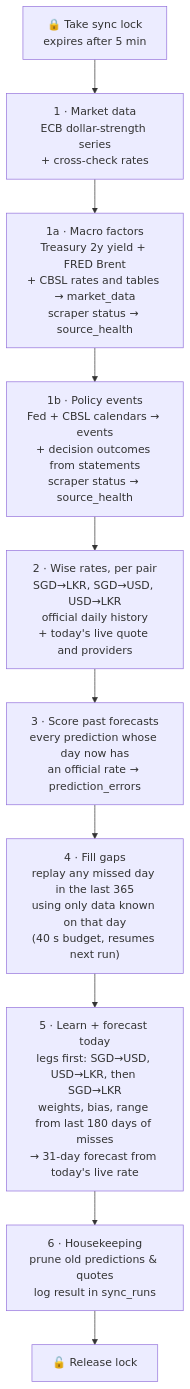
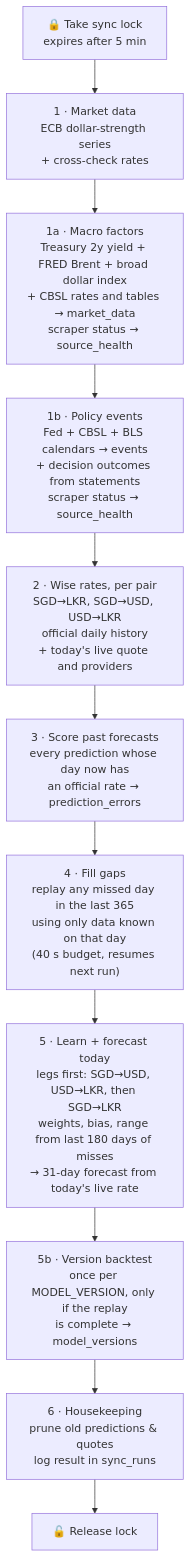
One commit to osandadeshan/ratecast changed the fourth of 7 diagrams in README.md. Above: the diagram before and after it, drawn with Mermaid. The commit also changed other lines of this file and 17 other files, not shown here.

Commit message:
Docs match the code: sync steps, schema columns, health ids, fetch windows, band and event formulas, gate wording, card order and copy, test count, row budget, env vars, skills; stale schema and gate comments in db.ts and learning.ts

````diff
--- a/README.md
+++ b/README.md
@@ -179,12 +179,13 @@
 ```mermaid
 flowchart TD
     L["🔒 Take sync lock<br/>expires after 5 min"] --> M
     M["1 · Market data<br/>ECB dollar-strength series<br/>+ cross-check rates"] --> MA
-    MA["1a · Macro factors<br/>Treasury 2y yield + FRED Brent<br/>+ CBSL rates and tables → market_data<br/>scraper status → source_health"] --> EV
-    EV["1b · Policy events<br/>Fed + CBSL calendars → events<br/>+ decision outcomes from statements<br/>scraper status → source_health"] --> I
+    MA["1a · Macro factors<br/>Treasury 2y yield + FRED Brent + broad dollar index<br/>+ CBSL rates and tables → market_data<br/>scraper status → source_health"] --> EV
+    EV["1b · Policy events<br/>Fed + CBSL + BLS calendars → events<br/>+ decision outcomes from statements<br/>scraper status → source_health"] --> I
     I["2 · Wise rates, per pair<br/>SGD→LKR, SGD→USD, USD→LKR<br/>official daily history<br/>+ today's live quote and providers"] --> E
     E["3 · Score past forecasts<br/>every prediction whose day now has<br/>an official rate → prediction_errors"] --> R
     R["4 · Fill gaps<br/>replay any missed day in the last 365<br/>using only data known on that day<br/>(40 s budget, resumes next run)"] --> F
-    F["5 · Learn + forecast today<br/>legs first: SGD→USD, USD→LKR, then SGD→LKR<br/>weights, bias, range from last 180 days of misses<br/>→ 31-day forecast from today's live rate"] --> H
+    F["5 · Learn + forecast today<br/>legs first: SGD→USD, USD→LKR, then SGD→LKR<br/>weights, bias, range from last 180 days of misses<br/>→ 31-day forecast from today's live rate"] --> VB
+    VB["5b · Version backtest<br/>once per MODEL_VERSION, only if the replay<br/>is complete → model_versions"] --> H
     H["6 · Housekeeping<br/>prune old predictions & quotes<br/>log result in sync_runs"] --> U["🔓 Release lock"]
 ```
````
